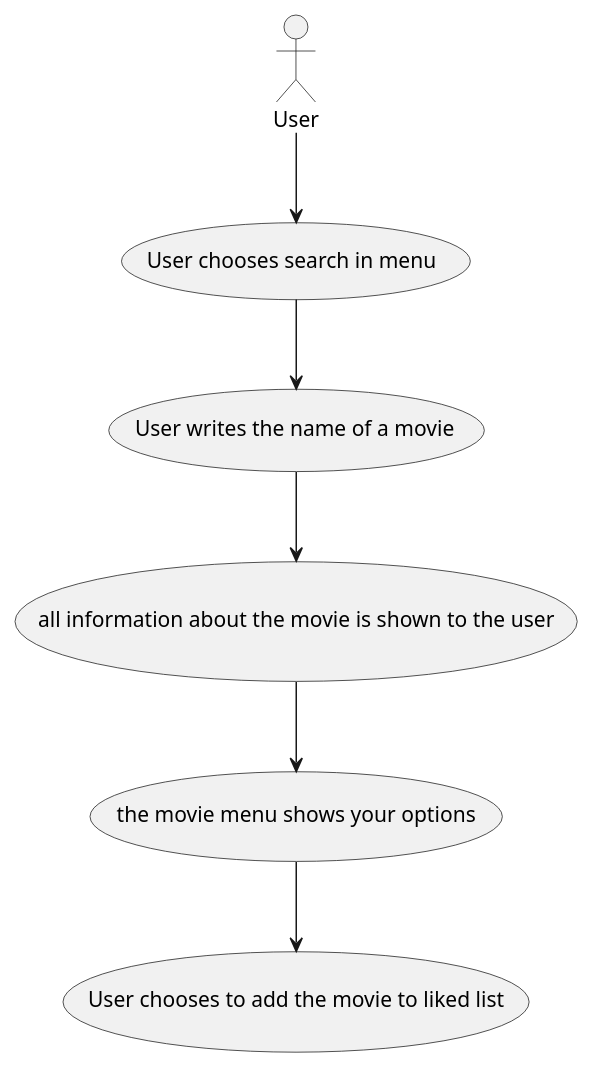
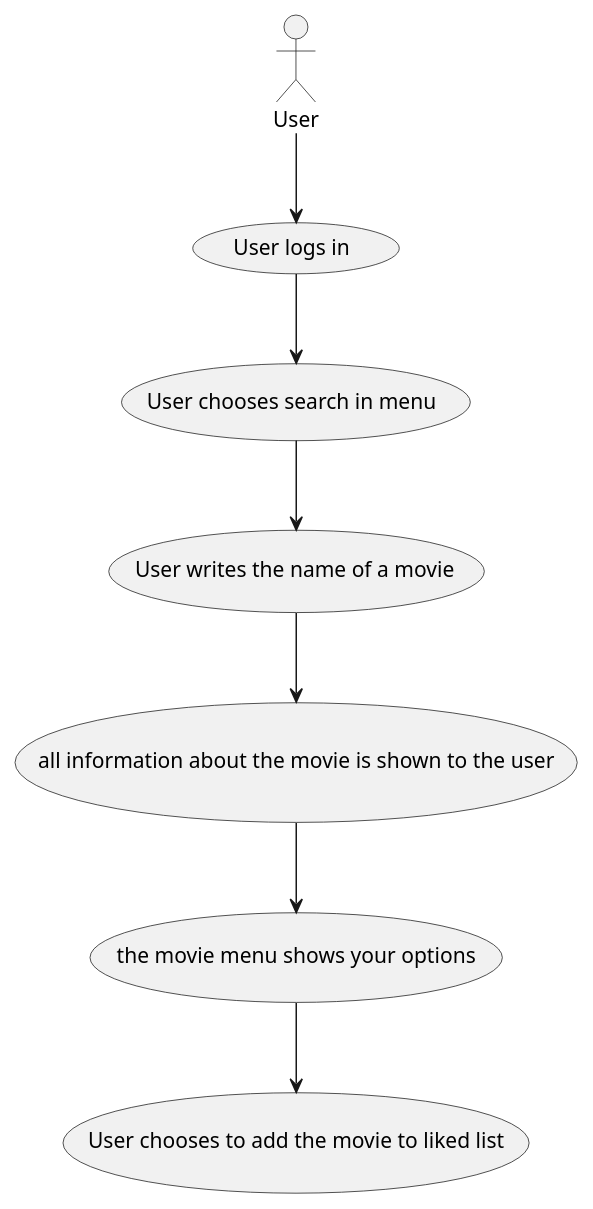
The diagram in planningSP5/usecaseAddToLiked.wsd (Inga-Helgadottir/SP5-J.A.I.R), drawn with PlantUML before and after one commit. The commit also changed 1 other file, not shown here.

```diff
--- a/planningSP5/usecaseAddToLiked.wsd
+++ b/planningSP5/usecaseAddToLiked.wsd
@@ -1,8 +1,9 @@
 @startuml SP3
 
-:User: --> (User chooses search in menu)
+:User: --> (User logs in)
+(User logs in) --> (User chooses search in menu)
 (User chooses search in menu) --> (User writes the name of a movie)
 (User writes the name of a movie) --> (all information about the movie is shown to the user)
 (all information about the movie is shown to the user) --> (the movie menu shows your options)
 (the movie menu shows your options) --> (User chooses to add the movie to liked list)
 @enduml
```
